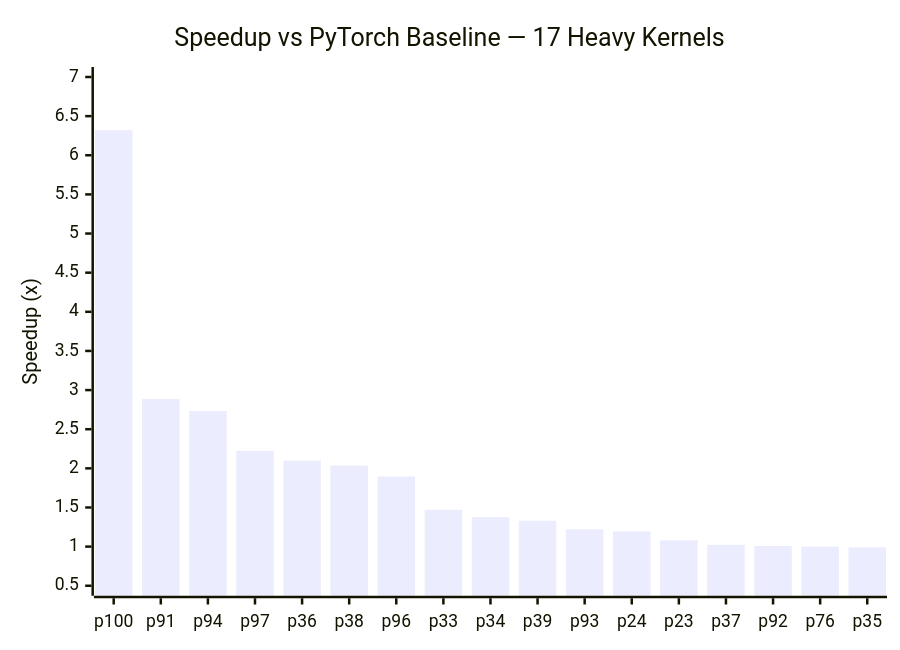
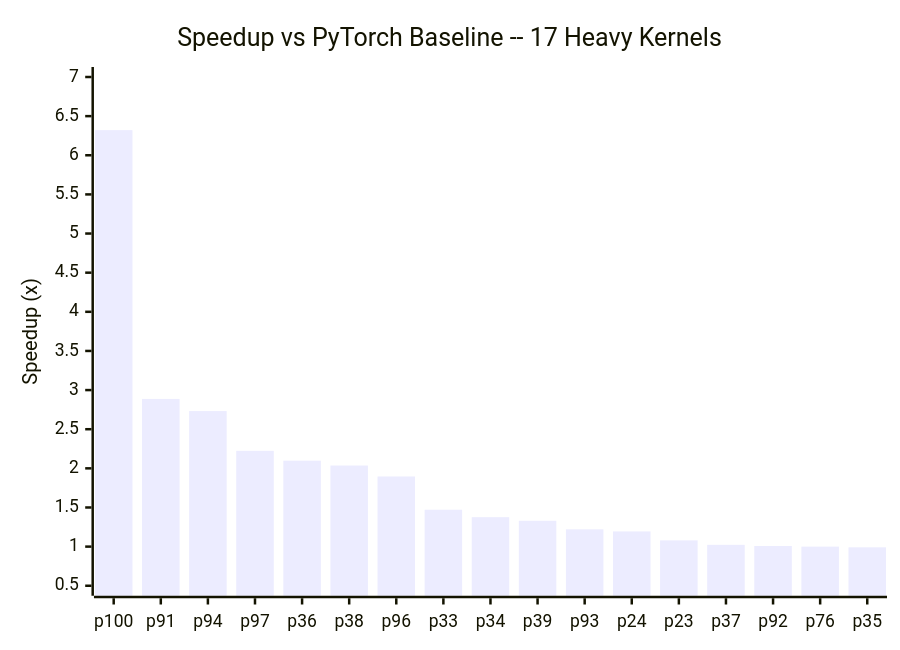
One commit to dkreinov/blackwell-autoresearch changed the diagram in reports/07_heavy_kernel_optimization.md. Above: the diagram before and after it, drawn with Mermaid. The commit also changed other lines of this file and 11 other files, not shown here.

````diff
--- a/reports/07_heavy_kernel_optimization.md
+++ b/reports/07_heavy_kernel_optimization.md
@@ -35,7 +35,7 @@
 ```mermaid
 xychart-beta
-    title "Speedup vs PyTorch Baseline — 17 Heavy Kernels"
+    title "Speedup vs PyTorch Baseline -- 17 Heavy Kernels"
     x-axis ["p100", "p91", "p94", "p97", "p36", "p38", "p96", "p33", "p34", "p39", "p93", "p24", "p23", "p37", "p92", "p76", "p35"]
     y-axis "Speedup (x)" 0.5 --> 7.0
     bar [6.321, 2.887, 2.732, 2.224, 2.098, 2.036, 1.896, 1.471, 1.376, 1.330, 1.221, 1.194, 1.080, 1.023, 1.008, 1.000, 0.991]
 ```
````
